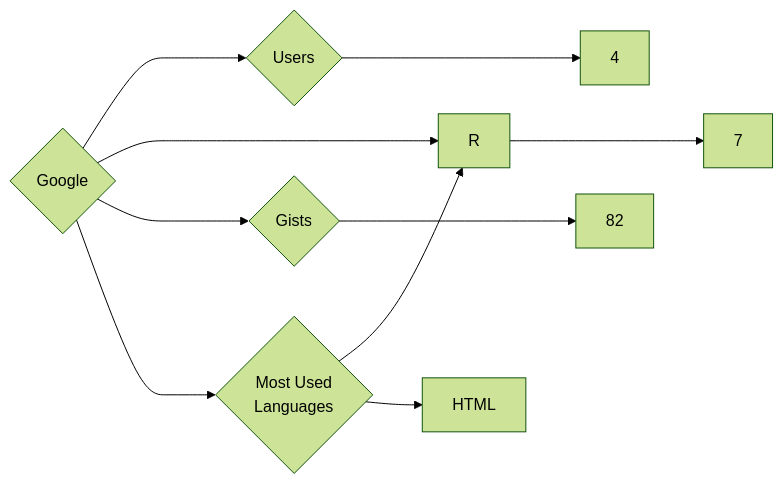
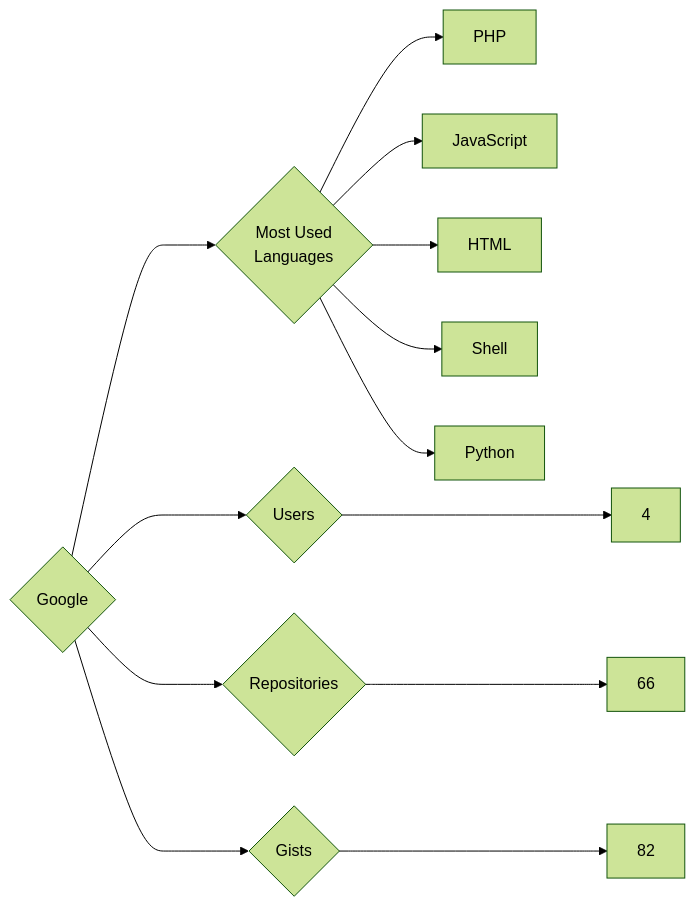
The diagram in targets/Google/README.md (trickest/insiders), drawn with Mermaid (forest theme) before and after one commit. The commit also changed 859 other files, not shown here.

````diff
--- a/targets/Google/README.md
+++ b/targets/Google/README.md
@@ -3,10 +3,13 @@
 ```mermaid
 graph LR
 COMPANY_NAME{Google}
 COMPANY_NAME ---> U{Users} ---> UN[4]
-COMPANY_NAME ---> R{Repositories} ---> RN[7]
+COMPANY_NAME ---> R{Repositories} ---> RN[66]
 COMPANY_NAME ---> G{Gists} ---> GN[82]
 COMPANY_NAME ---> ML{Most Used<br>Languages}
-ML --> R[R]
+ML --> PHP[PHP]
+ML --> JavaScript[JavaScript]
 ML --> HTML[HTML]
+ML --> Shell[Shell]
+ML --> Python[Python]
 ```
````
